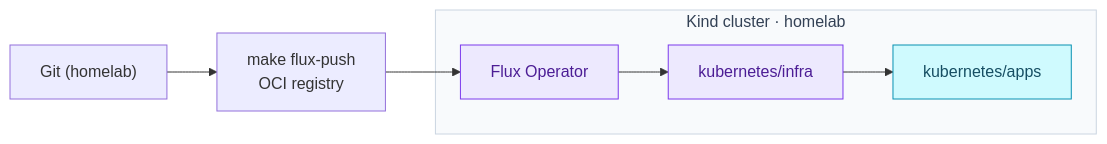
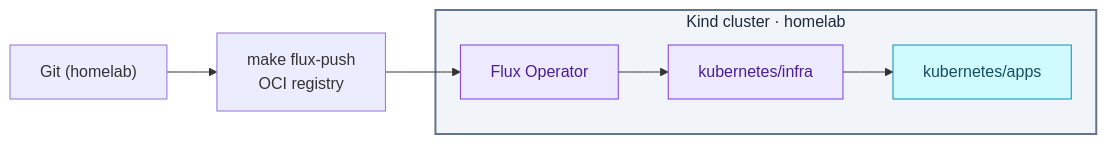
The second of 2 diagrams in README.md (duynhlab/homelab), drawn with Mermaid before and after one commit. The commit also changed other lines of this file and 45 other files, not shown here.

First line of the commit message:
docs(architecture): split by domain; add db, netpol, Temporal+KEDA

````diff
--- a/README.md
+++ b/README.md
@@ -130,16 +130,16 @@
 ```mermaid
 flowchart LR
     classDef platform fill:#ede9fe,color:#4c1d95,stroke:#7c3aed;
     classDef service fill:#cffafe,color:#164e63,stroke:#0891b2;
 
     Git["Git (homelab)"] --> Push["make flux-push<br/>OCI registry"]
     subgraph Cluster ["Kind cluster · homelab"]
         Flux["Flux Operator"]:::platform
         Infra["kubernetes/infra"]:::platform
         Apps["kubernetes/apps"]:::service
     end
-    style Cluster fill:#f8fafc,stroke:#cbd5e1,color:#334155
+    style Cluster fill:#f1f5f9,stroke:#64748b,stroke-width:2px,color:#1e293b
     Push --> Flux
     Flux --> Infra
     Infra --> Apps
 ```
````
